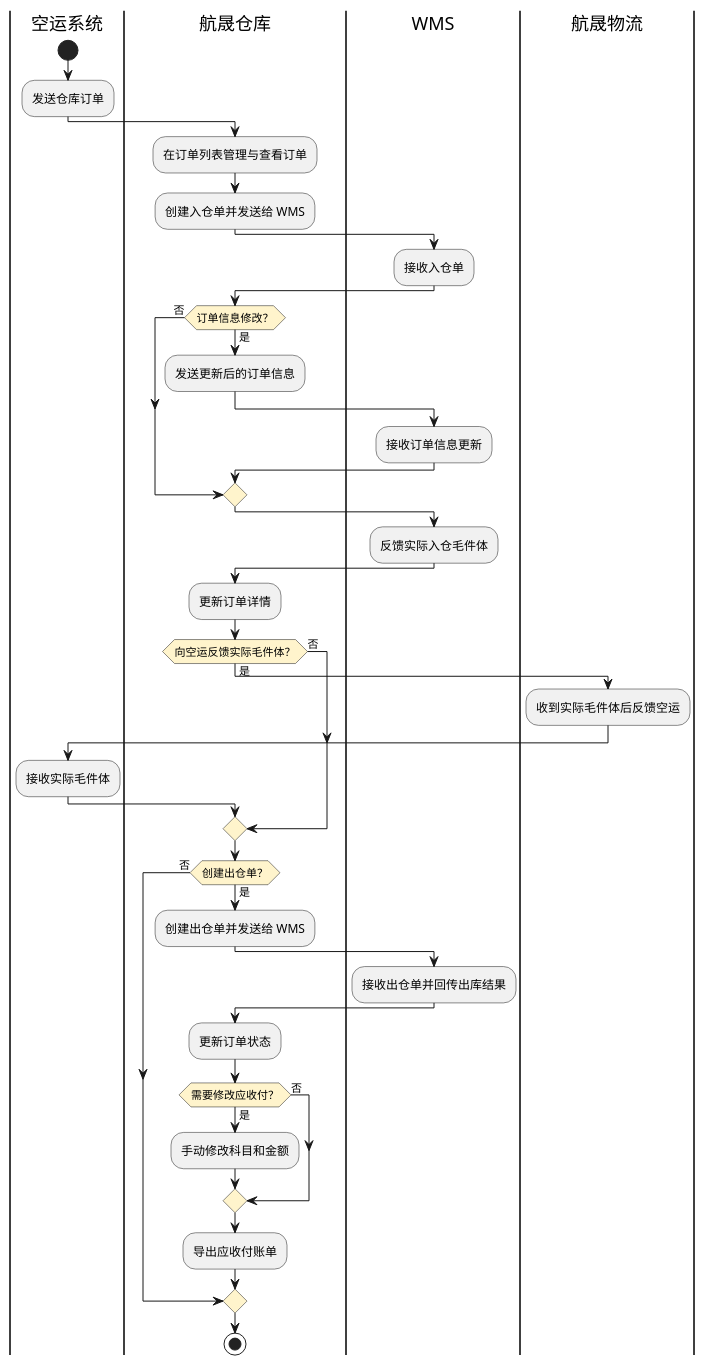
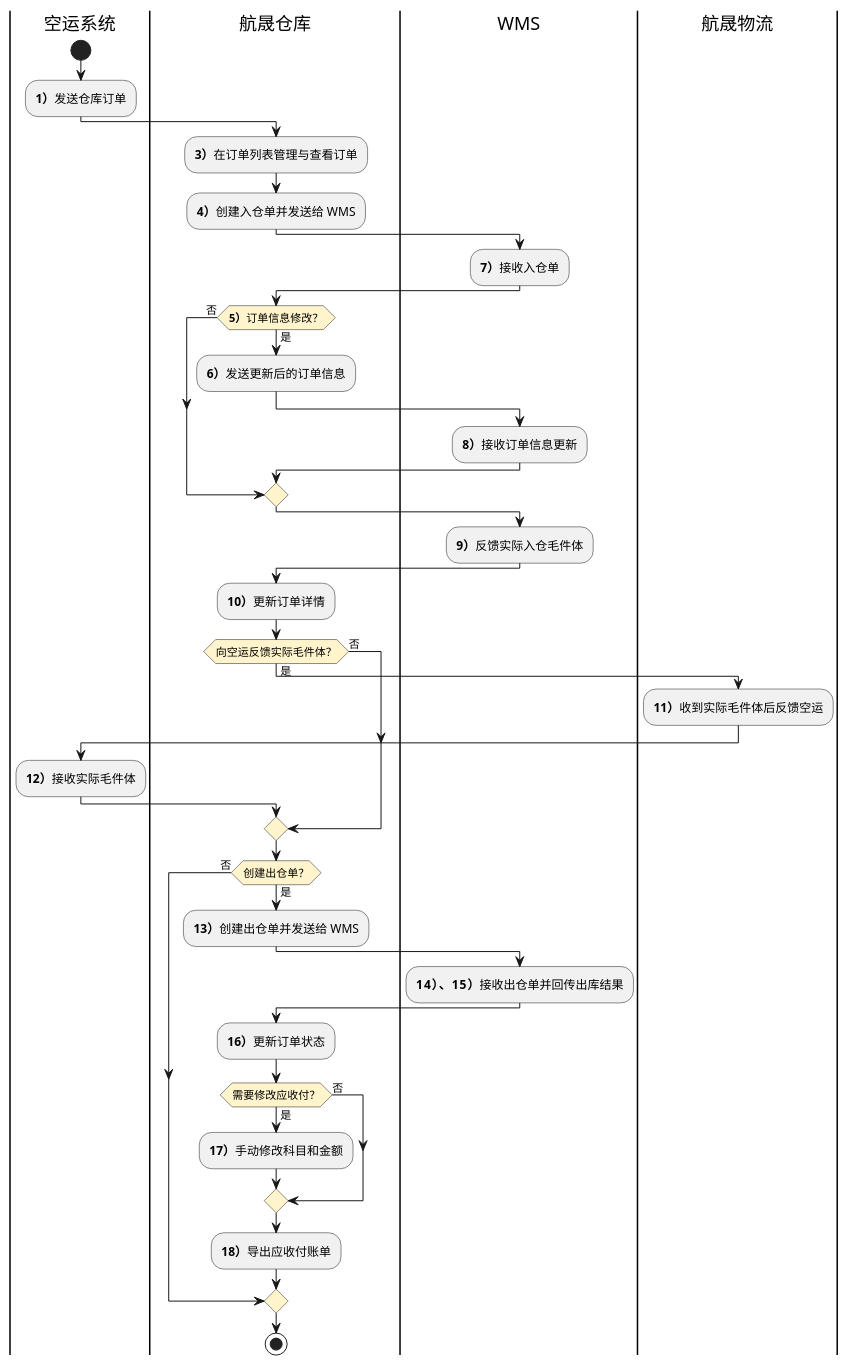
The first of 4 diagrams in product-caliber/goldjet/segmented-prd/PRD.高捷物流系统一期.第020篇.仓库-仓库订单管理.A77FC65070.md (jack888332/projects-doc), drawn with PlantUML before and after one commit. The commit also changed other lines of this file and 24 other files, not shown here.

````diff
--- a/product-caliber/goldjet/segmented-prd/PRD.高捷物流系统一期.第020篇.仓库-仓库订单管理.A77FC65070.md
+++ b/product-caliber/goldjet/segmented-prd/PRD.高捷物流系统一期.第020篇.仓库-仓库订单管理.A77FC65070.md
@@ -42,46 +42,46 @@
 ```plantuml
 @startuml goldjet-020-warehouse-wms-handoffs
 skinparam activityDiamondBackgroundColor #FFF4CC
 |空运系统|
 start
-:发送仓库订单;
+:**1）**发送仓库订单;
 |航晟仓库|
-:在订单列表管理与查看订单;
-:创建入仓单并发送给 WMS;
+:**3）**在订单列表管理与查看订单;
+:**4）**创建入仓单并发送给 WMS;
 |WMS|
-:接收入仓单;
+:**7）**接收入仓单;
 |航晟仓库|
-if (订单信息修改？) then (是)
-  :发送更新后的订单信息;
+if (**5）**订单信息修改？) then (是)
+  :**6）**发送更新后的订单信息;
   |WMS|
-  :接收订单信息更新;
+  :**8）**接收订单信息更新;
 else (否)
 endif
 |WMS|
-:反馈实际入仓毛件体;
+:**9）**反馈实际入仓毛件体;
 |航晟仓库|
-:更新订单详情;
+:**10）**更新订单详情;
 if (向空运反馈实际毛件体？) then (是)
   |航晟物流|
-  :收到实际毛件体后反馈空运;
+  :**11）**收到实际毛件体后反馈空运;
   |空运系统|
-  :接收实际毛件体;
+  :**12）**接收实际毛件体;
 else (否)
 endif
 |航晟仓库|
 if (创建出仓单？) then (是)
-  :创建出仓单并发送给 WMS;
+  :**13）**创建出仓单并发送给 WMS;
   |WMS|
-  :接收出仓单并回传出库结果;
+  :**14）、15）**接收出仓单并回传出库结果;
   |航晟仓库|
-  :更新订单状态;
+  :**16）**更新订单状态;
   if (需要修改应收付？) then (是)
-    :手动修改科目和金额;
+    :**17）**手动修改科目和金额;
   else (否)
   endif
-  :导出应收付账单;
+  :**18）**导出应收付账单;
 else (否)
 endif
 stop
 @enduml
 ```
````
